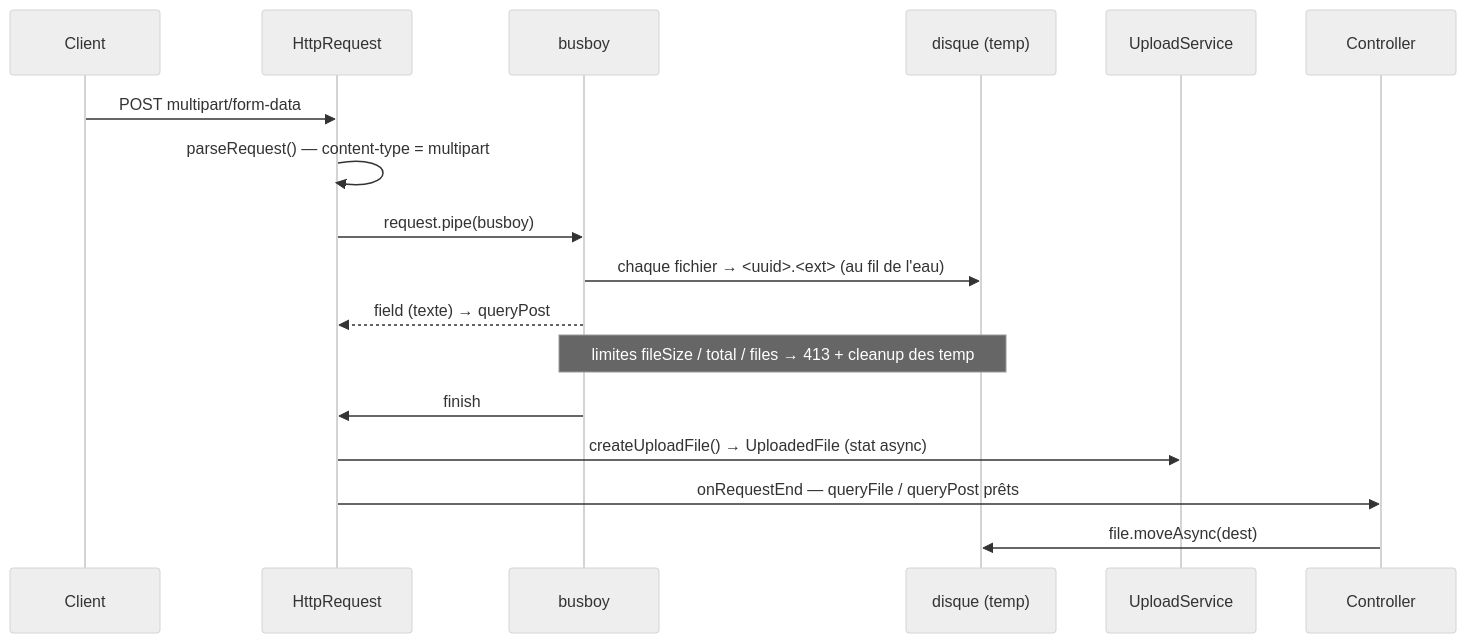
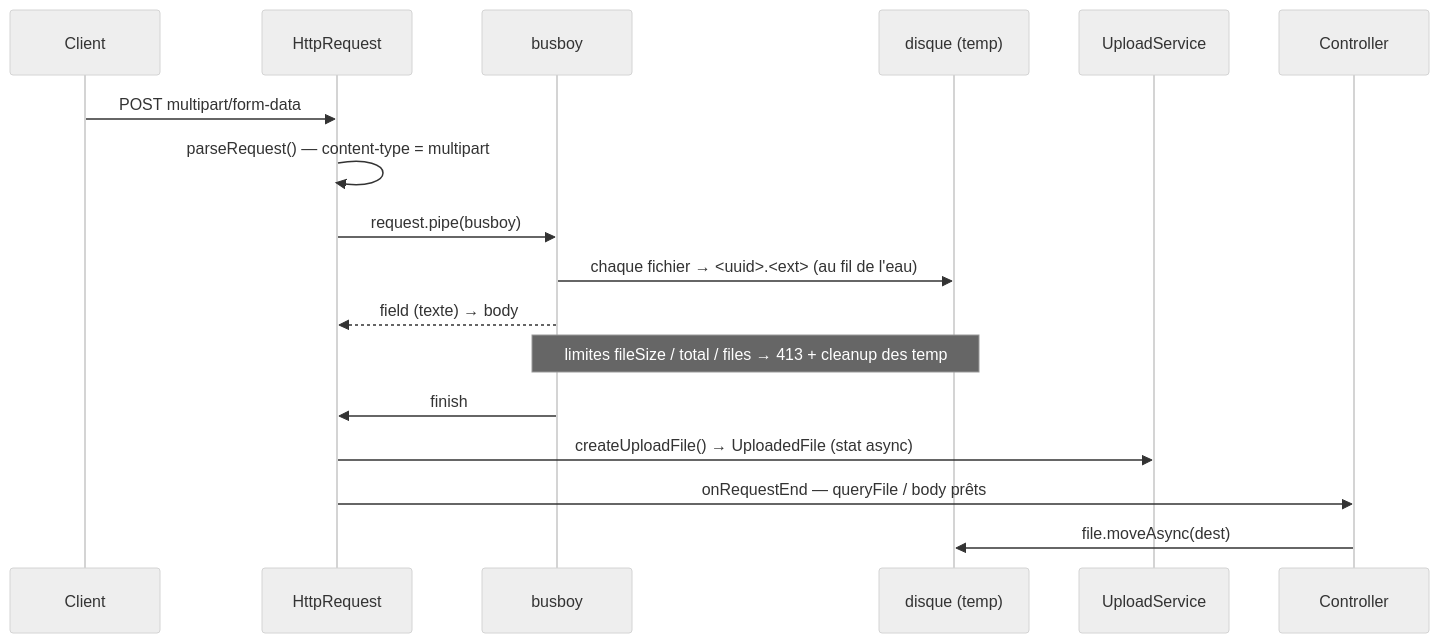
The second of 2 diagrams in src/packages/@nodefony/http/docs/upload.md (nodefony/nodefony-core), drawn with Mermaid (neutral theme) before and after one commit. The commit also changed other lines of this file and 44 other files, not shown here.

````diff
--- a/src/packages/@nodefony/http/docs/upload.md
+++ b/src/packages/@nodefony/http/docs/upload.md
@@ -236,19 +236,19 @@
 ```mermaid
 sequenceDiagram
   participant C as Client
   participant R as HttpRequest
   participant B as busboy
   participant D as disque (temp)
   participant U as UploadService
   participant Ctrl as Controller
   C->>R: POST multipart/form-data
   R->>R: parseRequest() — content-type = multipart
   R->>B: request.pipe(busboy)
   B->>D: chaque fichier → <uuid>.<ext> (au fil de l'eau)
-  B-->>R: field (texte) → queryPost
+  B-->>R: field (texte) → body
   Note over B,D: limites fileSize / total / files → 413 + cleanup des temp
   B->>R: finish
   R->>U: createUploadFile() → UploadedFile (stat async)
-  R->>Ctrl: onRequestEnd — queryFile / queryPost prêts
+  R->>Ctrl: onRequestEnd — queryFile / body prêts
   Ctrl->>D: file.moveAsync(dest)
 ```
````
